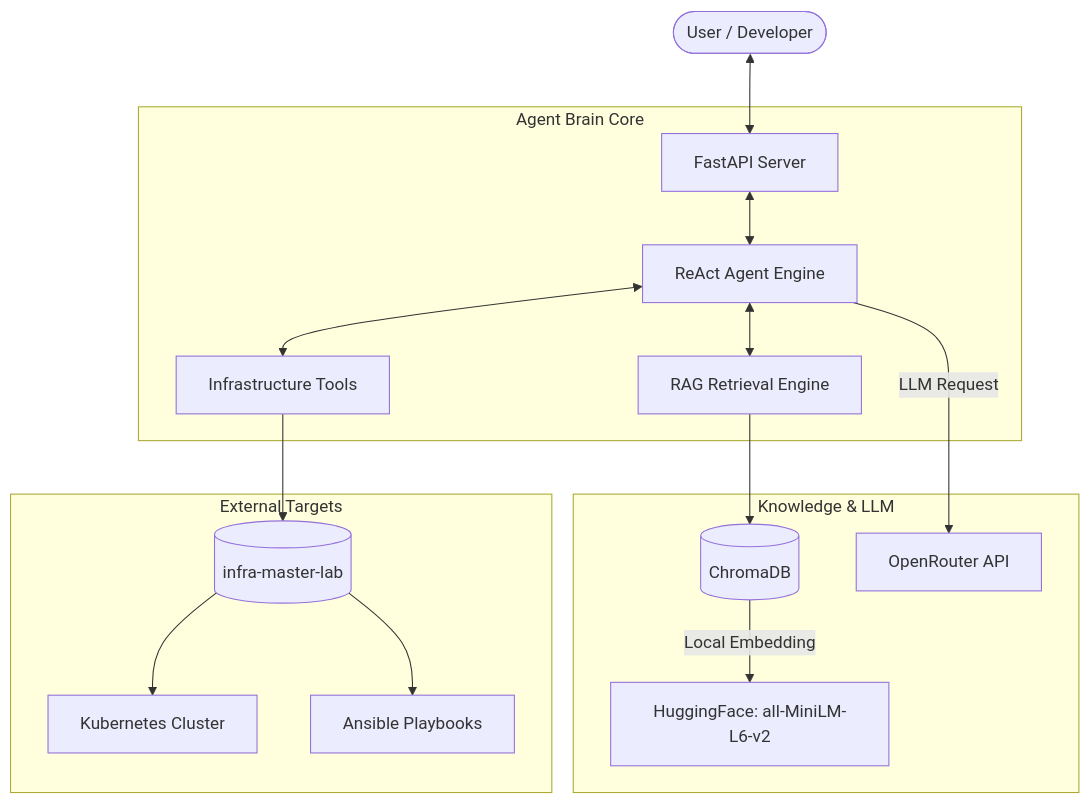
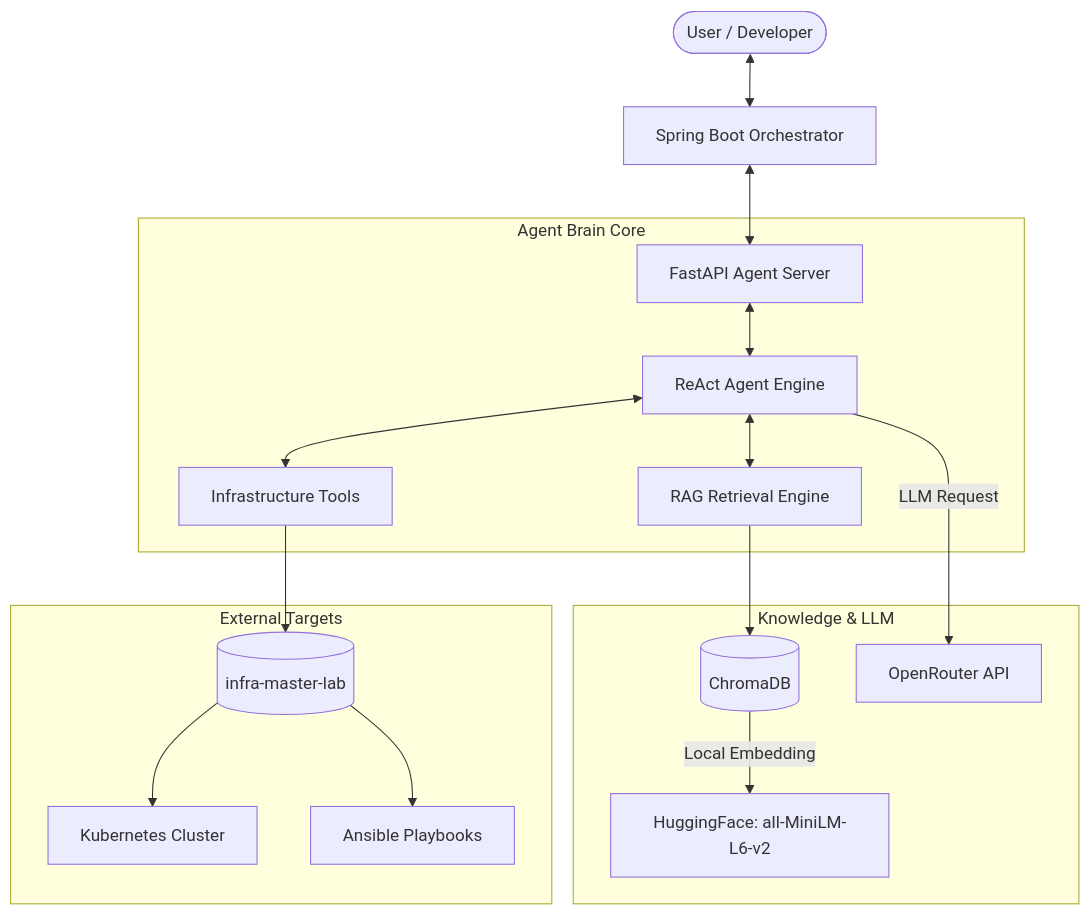
One commit to hooneyg/ai-agent-brain-lab changed the diagram in README.md. Above: the diagram before and after it, drawn with Mermaid. The commit also changed other lines of this file and 7 other files, not shown here.

````diff
--- a/README.md
+++ b/README.md
@@ -34,22 +29,23 @@
 ```mermaid
 graph TD
-    User([User / Developer]) <--> API[FastAPI Server]
+    User([User / Developer]) <--> Orchestrator[Spring Boot Orchestrator]
+    Orchestrator <--> API[FastAPI Agent Server]
     
     subgraph "Agent Brain Core"
         API <--> Agent[ReAct Agent Engine]
         Agent <--> RAG[RAG Retrieval Engine]
         Agent <--> Tools[Infrastructure Tools]
     end
     
     subgraph "Knowledge & LLM"
         RAG --> VectorDB[(ChromaDB)]
         VectorDB -- Local Embedding --> HF[HuggingFace: all-MiniLM-L6-v2]
         Agent -- LLM Request --> OR[OpenRouter API]
     end
     
     subgraph "External Targets"
         Tools --> Infra[(infra-master-lab)]
         Infra --> K8S[Kubernetes Cluster]
         Infra --> Ansible[Ansible Playbooks]
     end
 ```
````
